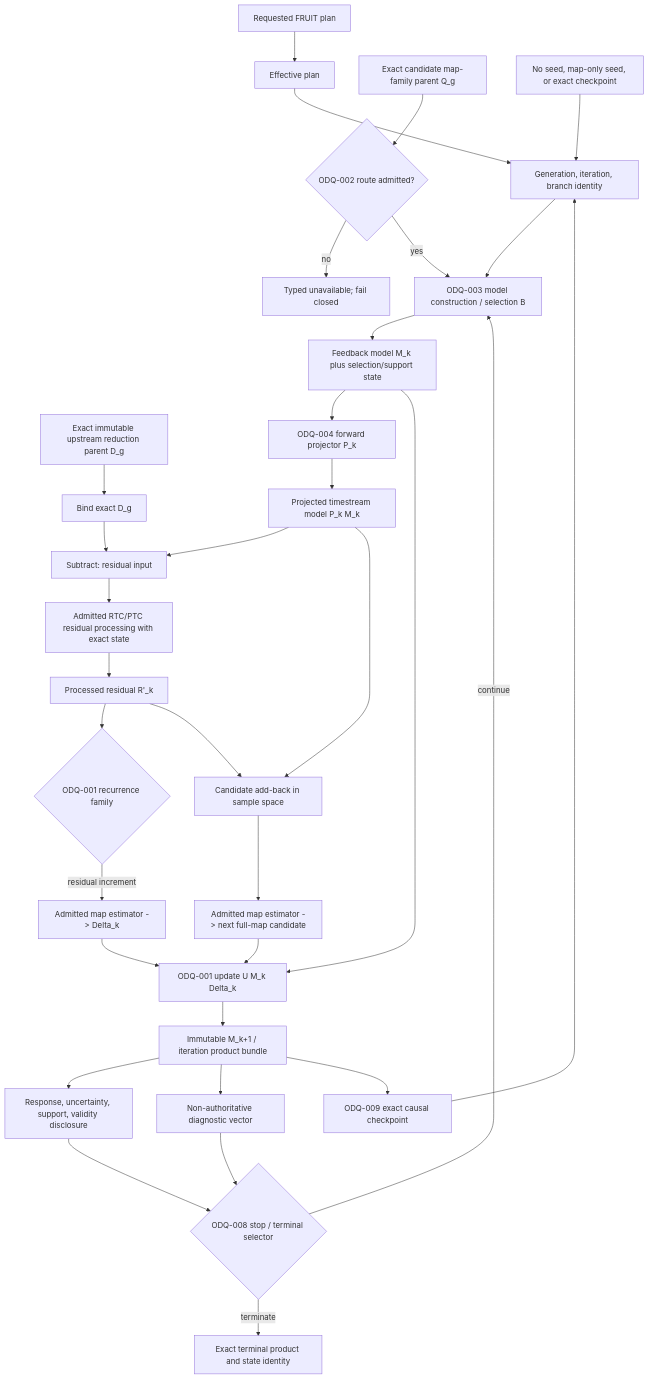
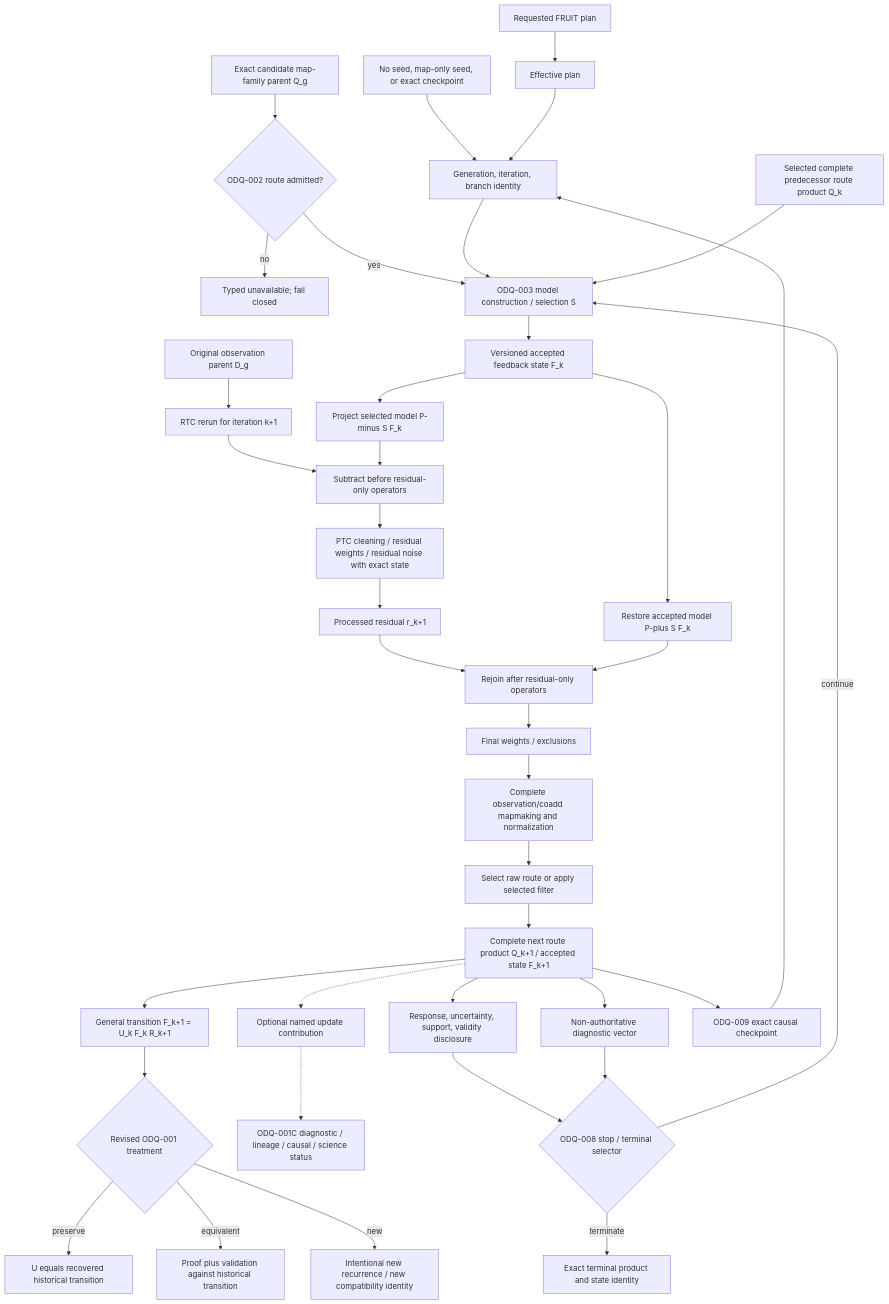
The diagram in doc/scientific_contracts/packages/SCI-FRUIT/v0.1/ITERATIVE_DAG_AND_STATE_OWNERSHIP.md (toltec-astro/citlali), drawn with Mermaid before and after one commit. The commit also changed other lines of this file and 21 other files, not shown here.

Commit message:
docs(science): recover historical FRUIT recurrence

````diff
--- a/doc/scientific_contracts/packages/SCI-FRUIT/v0.1/ITERATIVE_DAG_AND_STATE_OWNERSHIP.md
+++ b/doc/scientific_contracts/packages/SCI-FRUIT/v0.1/ITERATIVE_DAG_AND_STATE_OWNERSHIP.md
@@ -8,35 +8,40 @@
 ```mermaid
 flowchart TD
     RP[Requested FRUIT plan] --> EP[Effective plan]
-    UP[Exact immutable upstream reduction parent D_g] --> R0
+    UP[Original observation parent D_g] --> RTC[RTC rerun for iteration k+1]
     PR[Exact candidate map-family parent Q_g] --> A{ODQ-002 route admitted?}
     A -->|no| UA[Typed unavailable; fail closed]
-    A -->|yes| MC[ODQ-003 model construction / selection B]
+    A -->|yes| MC[ODQ-003 model construction / selection S]
     SEED[No seed, map-only seed, or exact checkpoint] --> ID[Generation, iteration, branch identity]
     EP --> ID
     ID --> MC
-    MC --> MK[Feedback model M_k plus selection/support state]
-    MK --> FP[ODQ-004 forward projector P_k]
-    FP --> TM[Projected timestream model P_k M_k]
-    R0[Bind exact D_g] --> SUB[Subtract: residual input]
-    TM --> SUB
-    SUB --> PROC[Admitted RTC/PTC residual processing with exact state]
-    PROC --> RR[Processed residual R'_k]
-    RR --> FORK{ODQ-001 recurrence family}
-    TM --> AB[Candidate add-back in sample space]
-    RR --> AB
-    AB --> MAPFULL[Admitted map estimator -> next full-map candidate]
-    FORK -->|residual increment| MAPINC[Admitted map estimator -> Delta_k]
-    MAPINC --> UPDATE[ODQ-001 update U M_k Delta_k]
-    MK --> UPDATE
-    MAPFULL --> UPDATE
-    UPDATE --> NEXT[Immutable M_k+1 / iteration product bundle]
+    PREV[Selected complete predecessor route product Q_k] --> MC
+    MC --> FK[Versioned accepted feedback state F_k]
+    FK --> PMINUS[Project selected model P-minus S F_k]
+    RTC --> SUB[Subtract before residual-only operators]
+    PMINUS --> SUB
+    SUB --> PROC[PTC cleaning / residual weights / residual noise with exact state]
+    PROC --> RR[Processed residual r_k+1]
+    FK --> PPLUS[Restore accepted model P-plus S F_k]
+    RR --> JOIN[Rejoin after residual-only operators]
+    PPLUS --> JOIN
+    JOIN --> FINALSTATE[Final weights / exclusions]
+    FINALSTATE --> MAPFULL[Complete observation/coadd mapmaking and normalization]
+    MAPFULL --> ROUTE[Select raw route or apply selected filter]
+    ROUTE --> NEXT[Complete next route product Q_k+1 / accepted state F_k+1]
+    NEXT --> TRANS[General transition F_k+1 = U_k F_k R_k+1]
+    TRANS --> CHOICE{Revised ODQ-001 treatment}
+    CHOICE -->|preserve| HIST[U equals recovered historical transition]
+    CHOICE -->|equivalent| EQ[Proof plus validation against historical transition]
+    CHOICE -->|new| NEW[Intentional new recurrence / new compatibility identity]
+    NEXT -.-> INC[Optional named update contribution]
+    INC -.-> STATUS[ODQ-001C diagnostic / lineage / causal / science status]
     NEXT --> RESP[Response, uncertainty, support, validity disclosure]
     NEXT --> DIAG[Non-authoritative diagnostic vector]
     RESP --> STOP{ODQ-008 stop / terminal selector}
     DIAG --> STOP
     STOP -->|continue| MC
     STOP -->|terminate| TERM[Exact terminal product and state identity]
     NEXT --> CKPT[ODQ-009 exact causal checkpoint]
     CKPT --> ID
 ```
````
